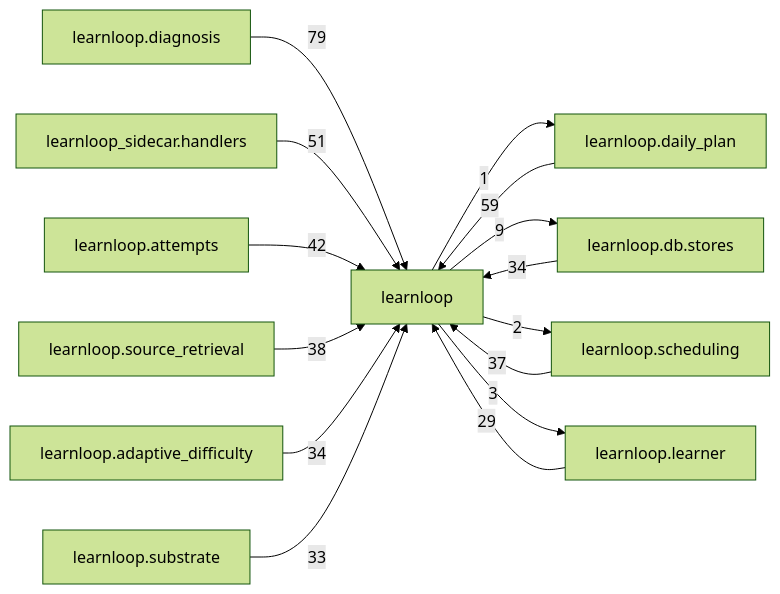
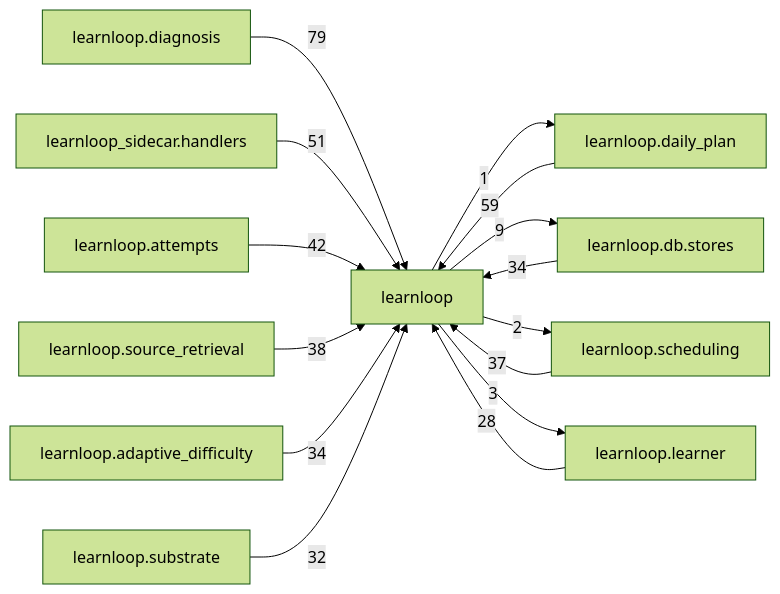
Before and after one commit to 6up-b/learnanything: the diagram in docs/learnloop-architecture-vault/Reference/Modules/learnloop/_package.md, drawn with Mermaid (forest theme). The commit also changed other lines of this file and 45 other files, not shown here.

````diff
--- a/docs/learnloop-architecture-vault/Reference/Modules/learnloop/_package.md
+++ b/docs/learnloop-architecture-vault/Reference/Modules/learnloop/_package.md
@@ -259,28 +259,28 @@
 ```mermaid
 flowchart LR
     center["learnloop"]
     n_learnloop_diagnosis["learnloop.diagnosis"]
     n_learnloop_daily_plan["learnloop.daily_plan"]
     n_learnloop_sidecar_handlers["learnloop_sidecar.handlers"]
     n_learnloop_db_stores["learnloop.db.stores"]
     n_learnloop_attempts["learnloop.attempts"]
     n_learnloop_scheduling["learnloop.scheduling"]
     n_learnloop_source_retrieval["learnloop.source_retrieval"]
     n_learnloop_adaptive_difficulty["learnloop.adaptive_difficulty"]
     n_learnloop_substrate["learnloop.substrate"]
     n_learnloop_learner["learnloop.learner"]
     n_learnloop_diagnosis -->|79| center
     n_learnloop_daily_plan -->|59| center
     center -->|1| n_learnloop_daily_plan
     n_learnloop_sidecar_handlers -->|51| center
     n_learnloop_db_stores -->|34| center
     center -->|9| n_learnloop_db_stores
     n_learnloop_attempts -->|42| center
     n_learnloop_scheduling -->|37| center
     center -->|2| n_learnloop_scheduling
     n_learnloop_source_retrieval -->|38| center
     n_learnloop_adaptive_difficulty -->|34| center
-    n_learnloop_substrate -->|33| center
-    n_learnloop_learner -->|29| center
+    n_learnloop_substrate -->|32| center
+    n_learnloop_learner -->|28| center
     center -->|3| n_learnloop_learner
 ```
````
